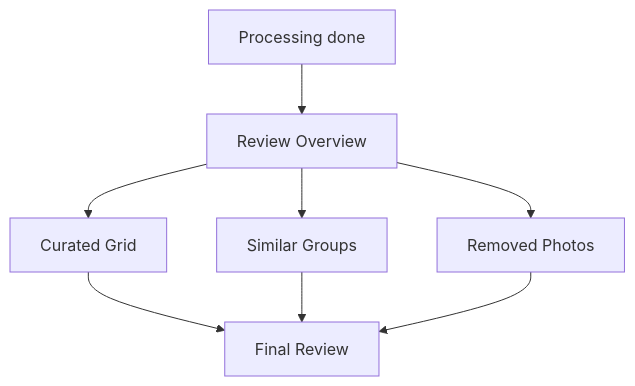
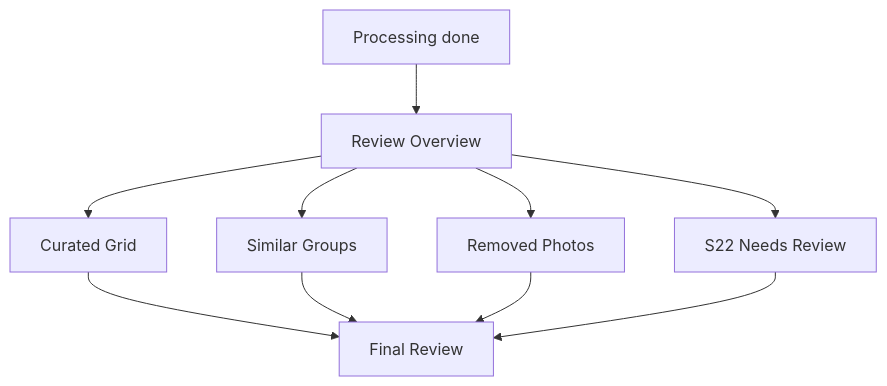
Before and after one commit to tungxuan1656/photo-curator: the third of 4 diagrams in docs/product-specs/ux-flows.md, drawn with Mermaid. The commit also changed other lines of this file and 18 other files, not shown here.

````diff
--- a/docs/product-specs/ux-flows.md
+++ b/docs/product-specs/ux-flows.md
@@ -413,10 +417,12 @@
 ```mermaid
 flowchart TD
     A[Processing done] --> B[Review Overview]
     B --> C[Curated Grid]
     B --> D[Similar Groups]
     B --> E[Removed Photos]
+    B --> G[S22 Needs Review]
     C --> F[Final Review]
     D --> F
     E --> F
+    G --> F
 ```
````
